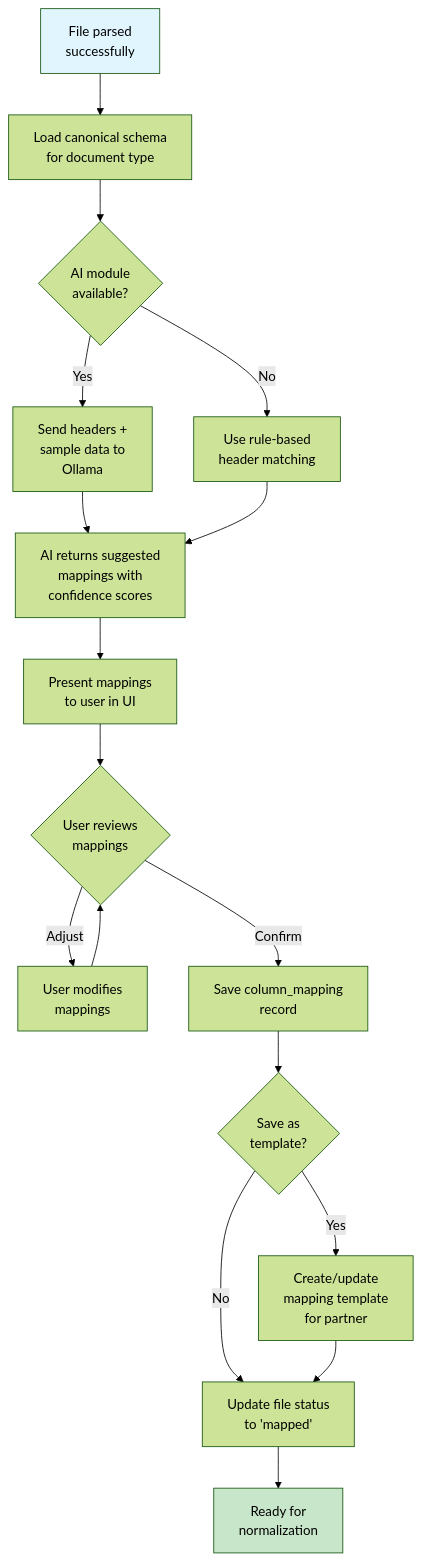
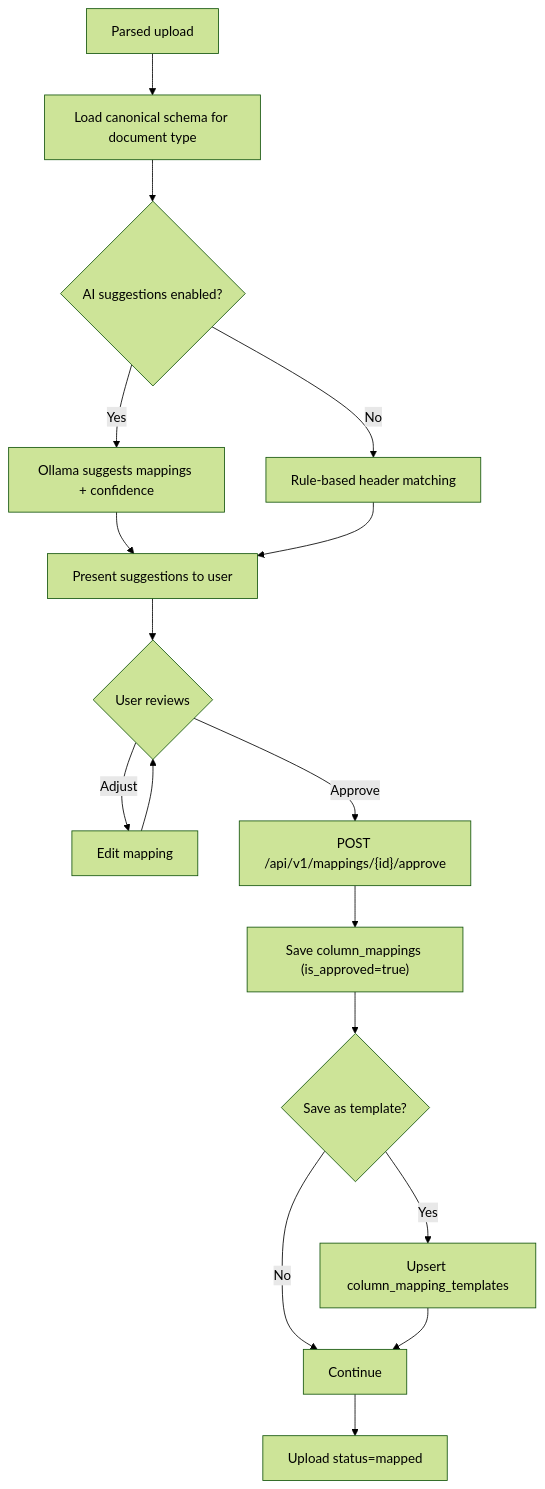
The fourth of 9 diagrams in docs/data_flow.md (Rajdeep-017/reconiq), drawn with Mermaid (forest theme) before and after one commit. The commit also changed other lines of this file and 4 other files, not shown here.

````diff
--- a/docs/data_flow.md
+++ b/docs/data_flow.md
@@ -50,22 +132,19 @@
 ```mermaid
 flowchart TD
-    A["File parsed\nsuccessfully"] --> B["Load canonical schema\nfor document type"]
-    B --> C{"AI module\navailable?"}
-    C -->|Yes| D["Send headers +\nsample data to\nOllama"]
-    C -->|No| E["Use rule-based\nheader matching"]
-    D --> F["AI returns suggested\nmappings with\nconfidence scores"]
+    A["Parsed upload"] --> B["Load canonical schema for document type"]
+    B --> C{"AI suggestions enabled?"}
+    C -->|Yes| D["Ollama suggests mappings + confidence"]
+    C -->|No| E["Rule-based header matching"]
+    D --> F["Present suggestions to user"]
     E --> F
-    F --> G["Present mappings\nto user in UI"]
-    G --> H{"User reviews\nmappings"}
-    H -->|Adjust| I["User modifies\nmappings"]
-    I --> H
-    H -->|Confirm| J["Save column_mapping\nrecord"]
-    J --> K{"Save as\ntemplate?"}
-    K -->|Yes| L["Create/update\nmapping template\nfor partner"]
-    K -->|No| M["Update file status\nto 'mapped'"]
+    F --> G{"User reviews"}
+    G -->|Adjust| H["Edit mapping"]
+    H --> G
+    G -->|Approve| I["POST /api/v1/mappings/{id}/approve"]
+    I --> J["Save column_mappings (is_approved=true)"]
+    J --> K{"Save as template?"}
+    K -->|Yes| L["Upsert column_mapping_templates"]
+    K -->|No| M["Continue"]
     L --> M
-    M --> N["Ready for\nnormalization"]
-
-    style A fill:#e1f5fe
-    style N fill:#c8e6c9
+    M --> N["Upload status=mapped"]
 ```
````
